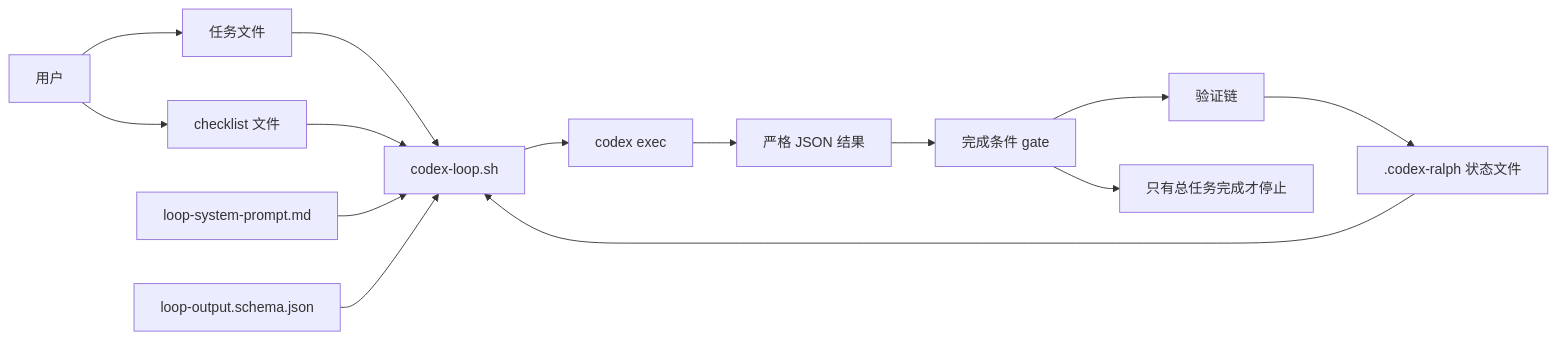
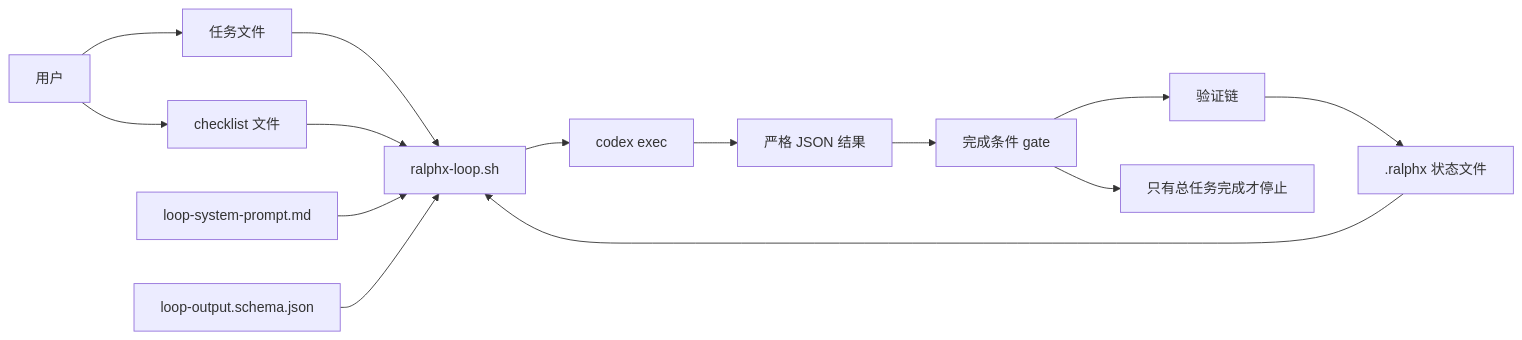
One commit to ckken/ralphx changed the second of 2 diagrams in docs/zh/architecture.md. Above: the diagram before and after it, drawn with Mermaid. The commit also changed other lines of this file and 44 other files, not shown here.

````diff
--- a/docs/zh/architecture.md
+++ b/docs/zh/architecture.md
@@ -41,16 +41,16 @@
 ```mermaid
 flowchart LR
     User[用户] --> Task[任务文件]
     User --> Checklist[checklist 文件]
-    Task --> Loop[codex-loop.sh]
+    Task --> Loop[ralphx-loop.sh]
     Checklist --> Loop
     Prompt[loop-system-prompt.md] --> Loop
     Schema[loop-output.schema.json] --> Loop
     Loop --> Codex[codex exec]
     Codex --> Json[严格 JSON 结果]
     Json --> Gate[完成条件 gate]
     Gate --> Validate[验证链]
-    Validate --> State[.codex-ralph 状态文件]
+    Validate --> State[.ralphx 状态文件]
     State --> Loop
     Gate --> Stop[只有总任务完成才停止]
 ```
````
